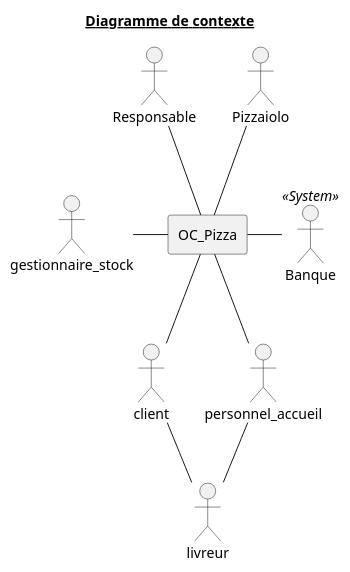
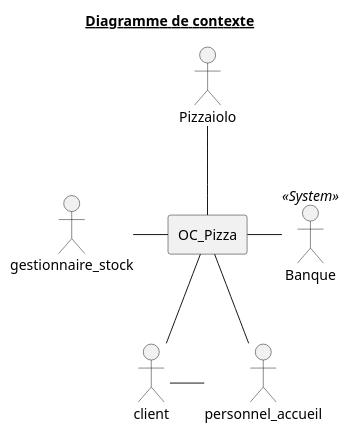
One commit to Zepmanbc/oc_dapython_pr4 changed the diagram in doc/uml/1_contextDiagram.puml. Above: the diagram before and after it, drawn with PlantUML. The commit also changed 21 other files, not shown here.

```diff
--- a/doc/uml/1_contextDiagram.puml
+++ b/doc/uml/1_contextDiagram.puml
@@ -1,40 +1,30 @@
 @startuml 1_contextDiagram
 title <u> Diagramme de contexte</u>
 ' left to right direction
 ' top to bottom direction
 
 rectangle OC_Pizza {
 }
 
-actor Responsable as RESP
 actor Pizzaiolo as PIZLO
-
 actor Banque <<System>> as BANK
-actor livreur as DELIVER
 actor client as CUSTOMER
 actor personnel_accueil as ACCUEIL
 
 
 actor gestionnaire_stock as GEST
 
 
 GEST - OC_Pizza
-
-RESP -- OC_Pizza
-
 PIZLO -- OC_Pizza
-
 OC_Pizza - BANK
-
-
 OC_Pizza -- CUSTOMER
 OC_Pizza -- ACCUEIL
-CUSTOMER -- DELIVER
-ACCUEIL -- DELIVER
+CUSTOMER - ACCUEIL
 
 
 
 
 
 
 @enduml
```
